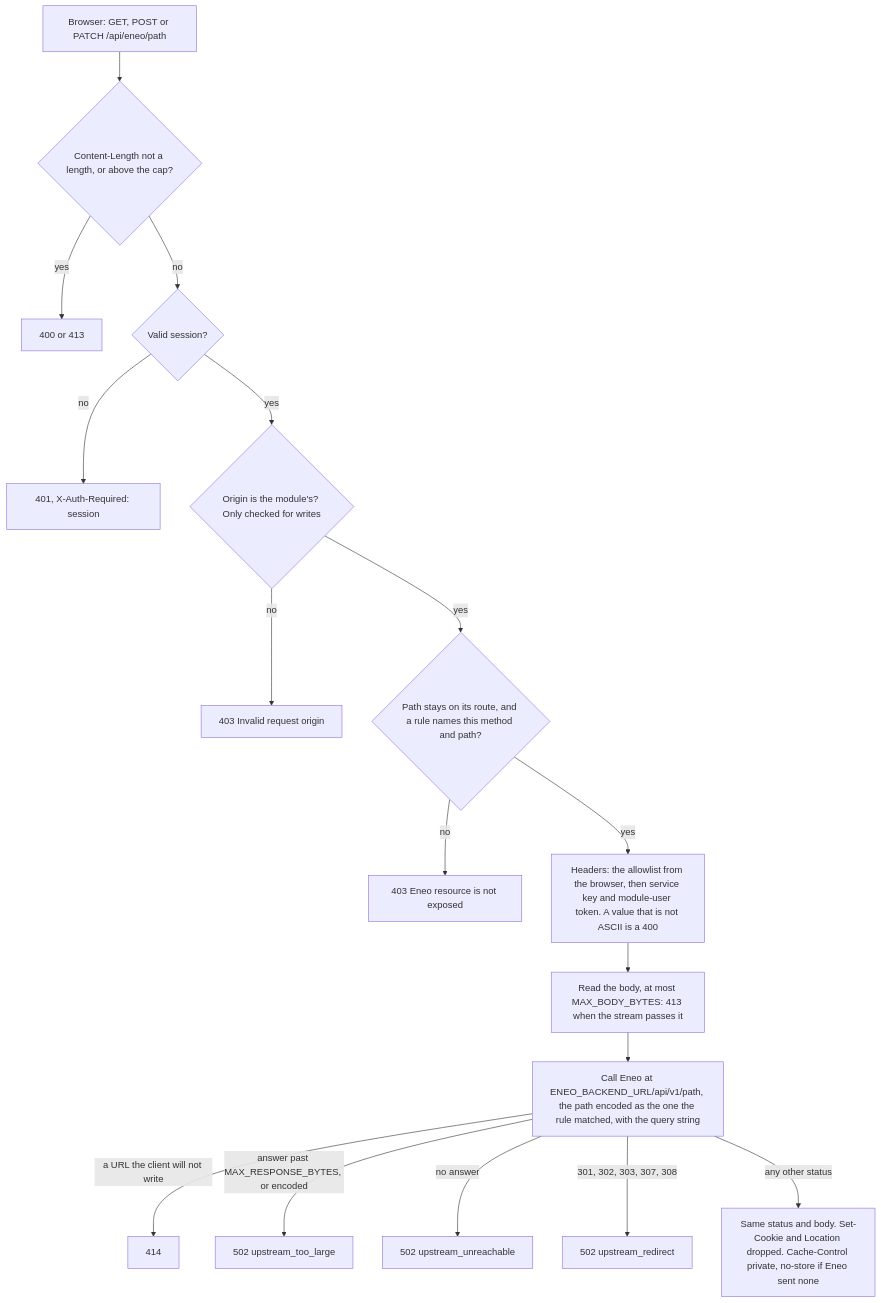
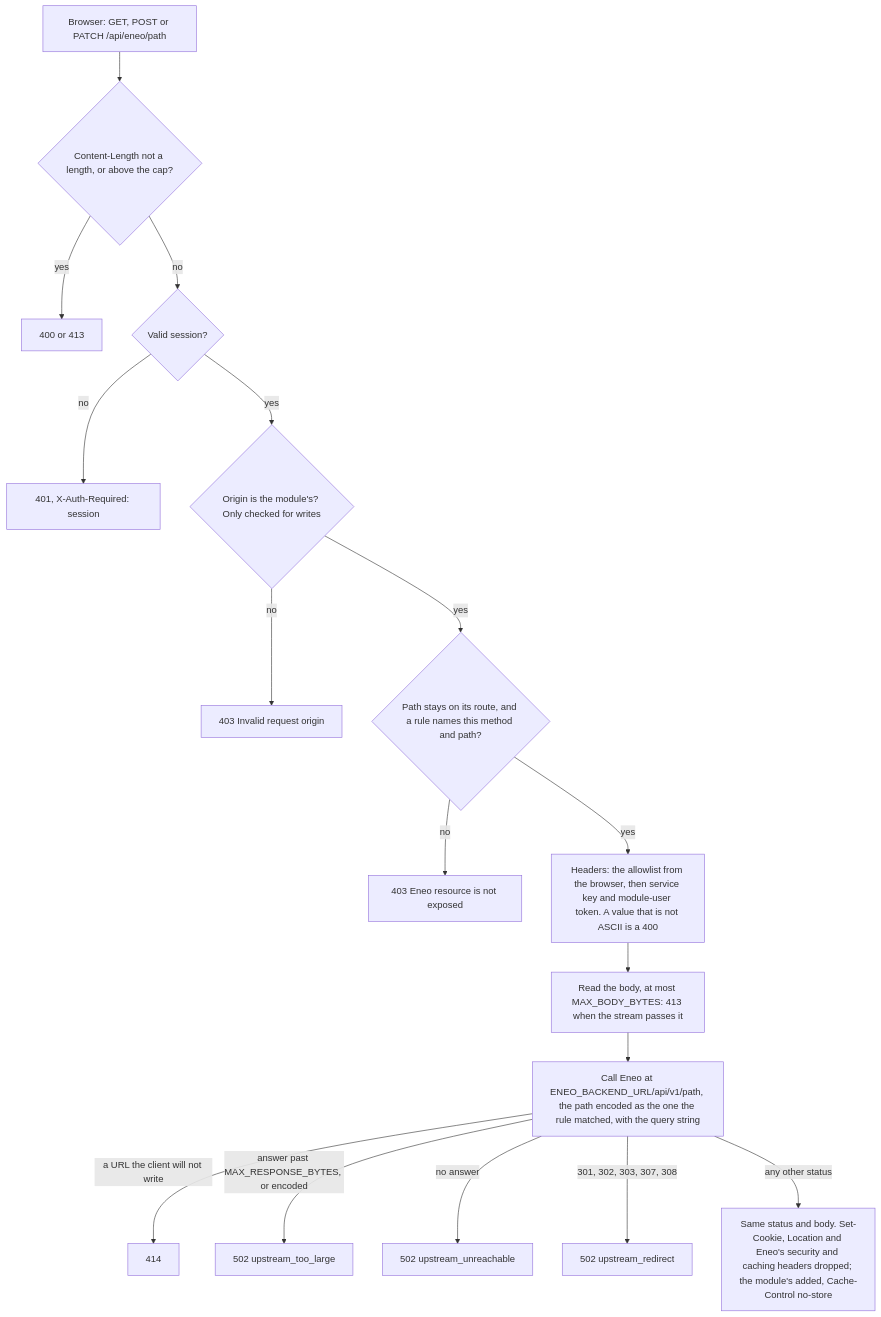
The sixth of 14 diagrams in docs/architecture.md (eneo-ai/eneo-module-kit), drawn with Mermaid before and after one commit. The commit also changed other lines of this file and 11 other files, not shown here.

First line of the commit message:
fix(bff): the security headers on every answer, a 500 too, and Eneo's stay with Eneo

````diff
--- a/docs/architecture.md
+++ b/docs/architecture.md
@@ -163,19 +163,19 @@
 ```mermaid
 flowchart TB
   r["Browser: GET, POST or PATCH /api/eneo/path"] --> l{"Content-Length not a length, or above the cap?"}
   l -->|"yes"| e413["400 or 413"]
   l -->|"no"| s{"Valid session?"}
   s -->|"no"| e401["401, X-Auth-Required: session"]
   s -->|"yes"| o{"Origin is the module's? Only checked for writes"}
   o -->|"no"| e403a["403 Invalid request origin"]
   o -->|"yes"| a{"Path stays on its route, and a rule names this method and path?"}
   a -->|"no"| e403b["403 Eneo resource is not exposed"]
   a -->|"yes"| h["Headers: the allowlist from the browser, then service key and module-user token. A value that is not ASCII is a 400"]
   h --> b["Read the body, at most MAX_BODY_BYTES: 413 when the stream passes it"]
   b --> up["Call Eneo at ENEO_BACKEND_URL/api/v1/path, the path encoded as the one the rule matched, with the query string"]
   up -->|"a URL the client will not write"| e414["414"]
   up -->|"answer past MAX_RESPONSE_BYTES, or encoded"| e502c["502 upstream_too_large"]
   up -->|"no answer"| e502a["502 upstream_unreachable"]
   up -->|"301, 302, 303, 307, 308"| e502b["502 upstream_redirect"]
-  up -->|"any other status"| resp["Same status and body. Set-Cookie and Location dropped. Cache-Control private, no-store if Eneo sent none"]
+  up -->|"any other status"| resp["Same status and body. Set-Cookie, Location and Eneo's security and caching headers dropped; the module's added, Cache-Control no-store"]
 ```
````
